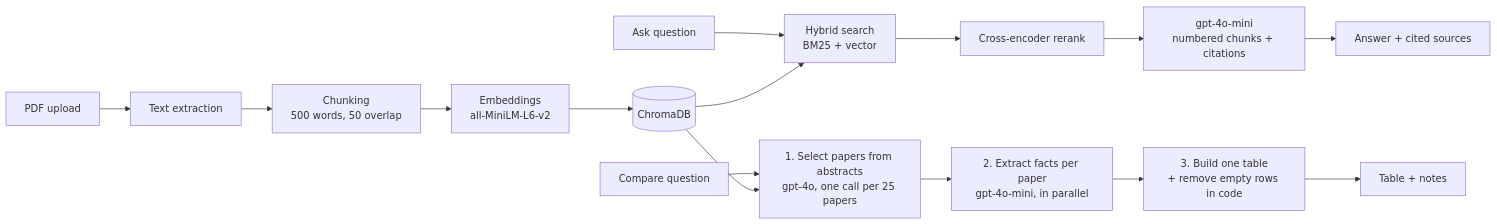
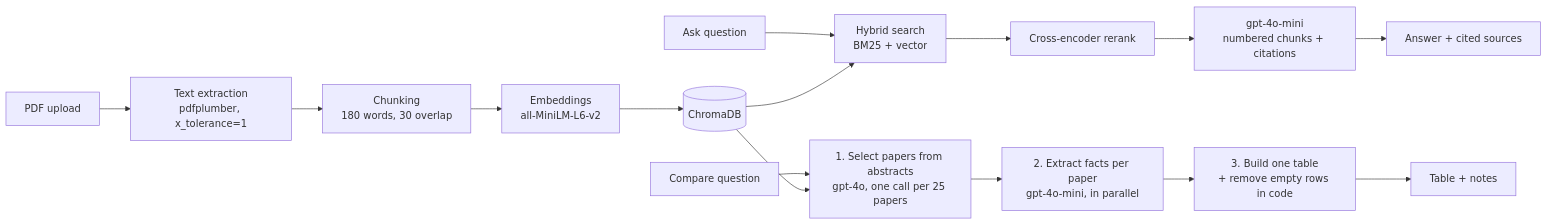
One commit to Prerit-kumar/ai-study-assistant changed the diagram in README.md. Above: the diagram before and after it, drawn with Mermaid. The commit also changed other lines of this file and 6 other files, not shown here.

Commit message:
Fix PDF text extraction and chunk size, add safe uploads, db_tools and frontend error handling

````diff
--- a/README.md
+++ b/README.md
@@ -23,19 +24,19 @@
 ```mermaid
 flowchart LR
-    A[PDF upload] --> B[Text extraction]
-    B --> C[Chunking<br/>500 words, 50 overlap]
+    A[PDF upload] --> B[Text extraction<br/>pdfplumber, x_tolerance=1]
+    B --> C[Chunking<br/>180 words, 30 overlap]
     C --> D[Embeddings<br/>all-MiniLM-L6-v2]
     D --> E[(ChromaDB)]
 
     Q[Ask question] --> H[Hybrid search<br/>BM25 + vector]
     E --> H
     H --> R[Cross-encoder rerank]
     R --> G[gpt-4o-mini<br/>numbered chunks + citations]
     G --> S[Answer + cited sources]
 
     CQ[Compare question] --> SEL[1. Select papers from abstracts<br/>gpt-4o, one call per 25 papers]
     E --> SEL
     SEL --> EX[2. Extract facts per paper<br/>gpt-4o-mini, in parallel]
     EX --> RED[3. Build one table<br/>+ remove empty rows in code]
     RED --> T[Table + notes]
 ```
````
